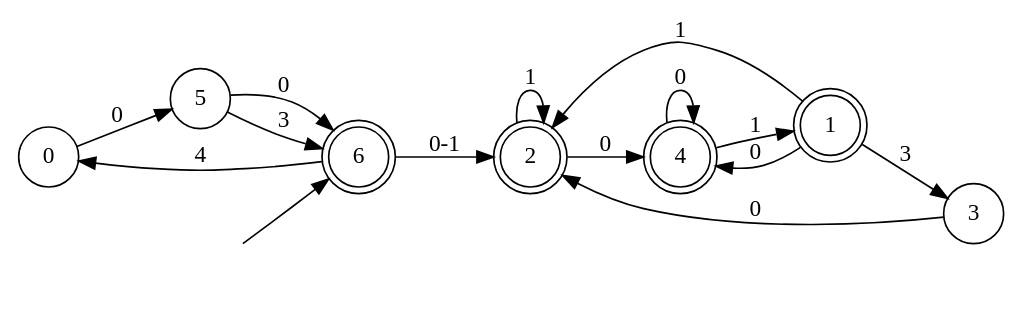
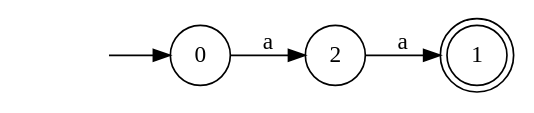
One commit to Faymiaouent/Automa4U changed the diagram in dotfiles/DFA15.dot. Above: the diagram before and after it, drawn with Graphviz. The commit also changed 42 other files, not shown here.

```diff
--- a/dotfiles/DFA15.dot
+++ b/dotfiles/DFA15.dot
@@ -1,25 +1,10 @@
 digraph Automaton {
   rankdir = LR;
 node [shape=circle];
-  0 -> 5 [label="0"];
+  initial [shape=plaintext,label=""];
+  initial -> 0
+  0 -> 2 [label="a"];
 1 [shape=doublecircle]; 
-  1 -> 4 [label="0"];
-  1 -> 2 [label="1"];
-  1 -> 3 [label="3"];
-2 [shape=doublecircle]; 
-  2 -> 4 [label="0"];
-  2 -> 2 [label="1"];
 node [shape=circle];
-  3 -> 2 [label="0"];
-4 [shape=doublecircle]; 
-  4 -> 4 [label="0"];
-  4 -> 1 [label="1"];
-node [shape=circle];
-  5 -> 6 [label="0"];
-  5 -> 6 [label="3"];
-6 [shape=doublecircle]; 
-  initial [shape=plaintext,label=""];
-  initial -> 6
-  6 -> 2 [label="0-1"];
-  6 -> 0 [label="4"];
+  2 -> 1 [label="a"];
 }
```
